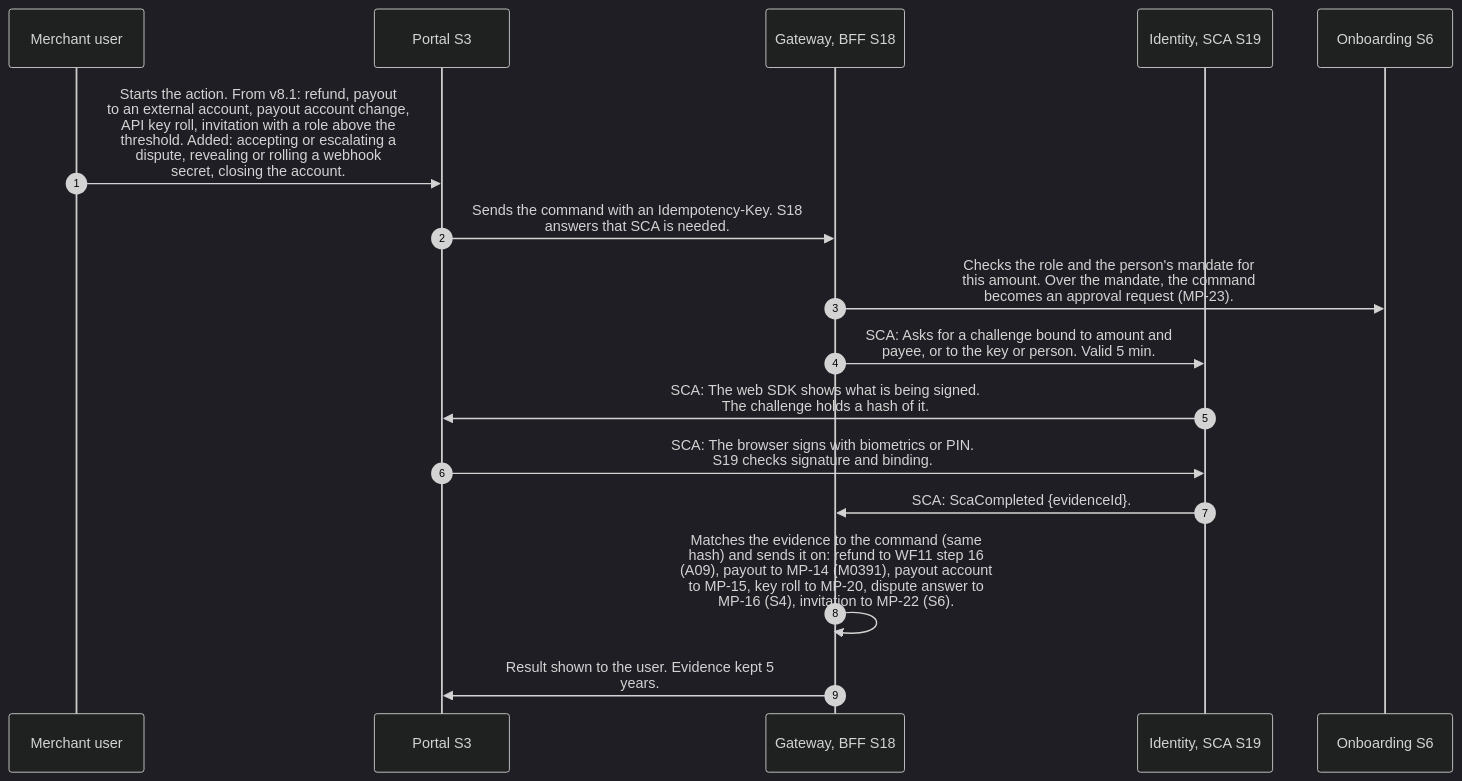
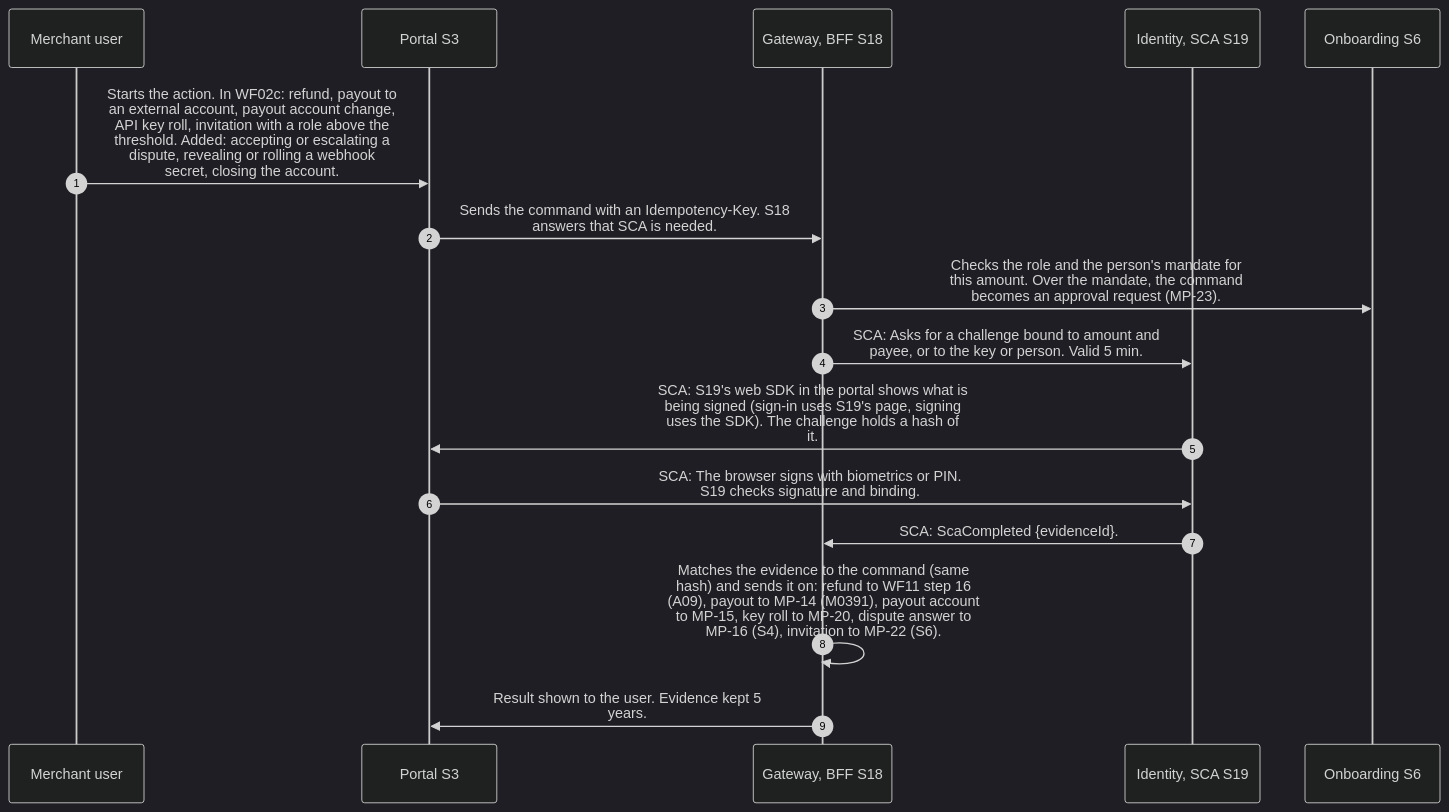
Before and after one commit to paytinno/merchant-portal-workflows: the first of 2 diagrams in docs/workflows/MP-03-strong-customer-authentication-for-actions.md, drawn with Mermaid (dark theme). The commit also changed other lines of this file and 47 other files, not shown here.

First line of the commit message:
Rewrite against CTO architecture v8.7 (spec v0.2)

````diff
--- a/docs/workflows/MP-03-strong-customer-authentication-for-actions.md
+++ b/docs/workflows/MP-03-strong-customer-authentication-for-actions.md
@@ -22,18 +22,18 @@
 ```mermaid
 sequenceDiagram
   autonumber
   participant MER as Merchant user
   participant S3 as Portal S3
   participant S18 as Gateway, BFF S18
   participant S19 as Identity, SCA S19
   participant S6 as Onboarding S6
-  MER->>S3: Starts the action. From v8.1: refund, payout<br/>to an external account, payout account change,<br/>API key roll, invitation with a role above the<br/>threshold. Added: accepting or escalating a<br/>dispute, revealing or rolling a webhook<br/>secret, closing the account.
+  MER->>S3: Starts the action. In WF02c: refund, payout to<br/>an external account, payout account change,<br/>API key roll, invitation with a role above the<br/>threshold. Added: accepting or escalating a<br/>dispute, revealing or rolling a webhook<br/>secret, closing the account.
   S3->>S18: Sends the command with an Idempotency-Key. S18<br/>answers that SCA is needed.
   S18->>S6: Checks the role and the person's mandate for<br/>this amount. Over the mandate, the command<br/>becomes an approval request (MP-23).
   S18->>S19: SCA: Asks for a challenge bound to amount and<br/>payee, or to the key or person. Valid 5 min.
-  S19->>S3: SCA: The web SDK shows what is being signed.<br/>The challenge holds a hash of it.
+  S19->>S3: SCA: S19's web SDK in the portal shows what is<br/>being signed (sign-in uses S19's page, signing<br/>uses the SDK). The challenge holds a hash of<br/>it.
   S3->>S19: SCA: The browser signs with biometrics or PIN.<br/>S19 checks signature and binding.
   S19->>S18: SCA: ScaCompleted {evidenceId}.
   S18->>S18: Matches the evidence to the command (same<br/>hash) and sends it on: refund to WF11 step 16<br/>(A09), payout to MP-14 (M0391), payout account<br/>to MP-15, key roll to MP-20, dispute answer to<br/>MP-16 (S4), invitation to MP-22 (S6).
   S18->>S3: Result shown to the user. Evidence kept 5<br/>years.
 ```
````
